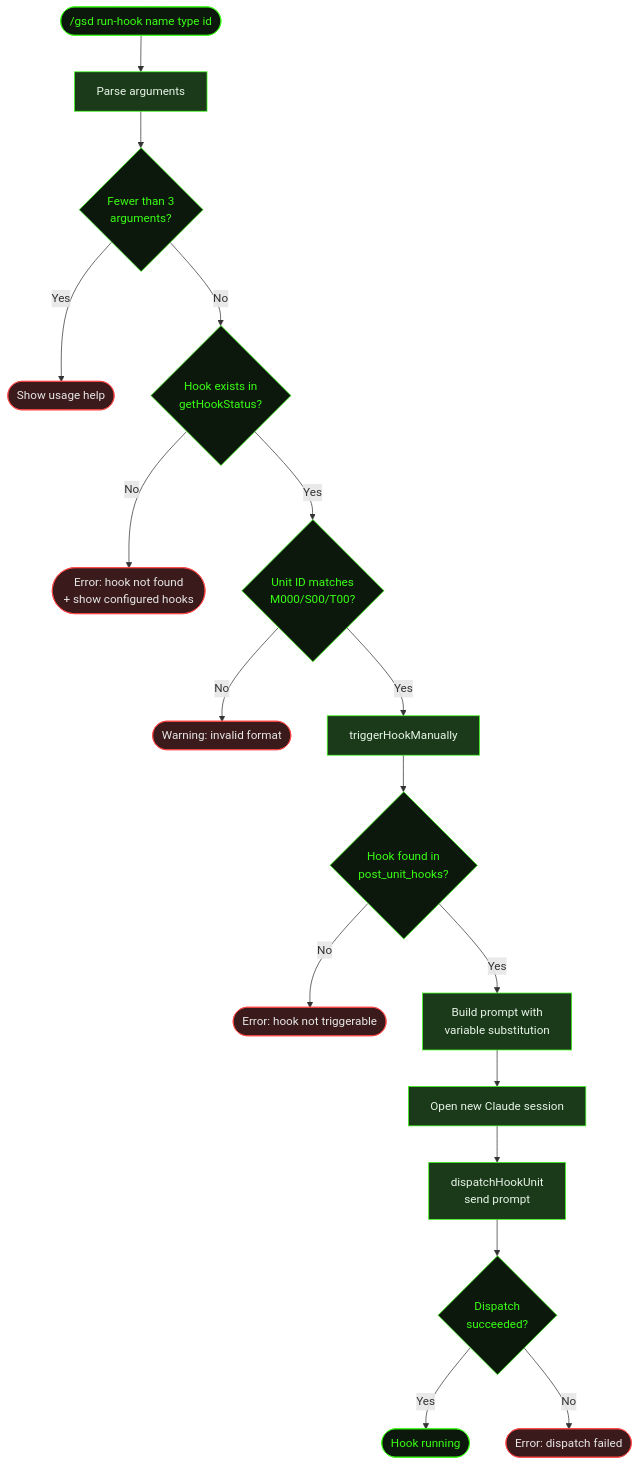
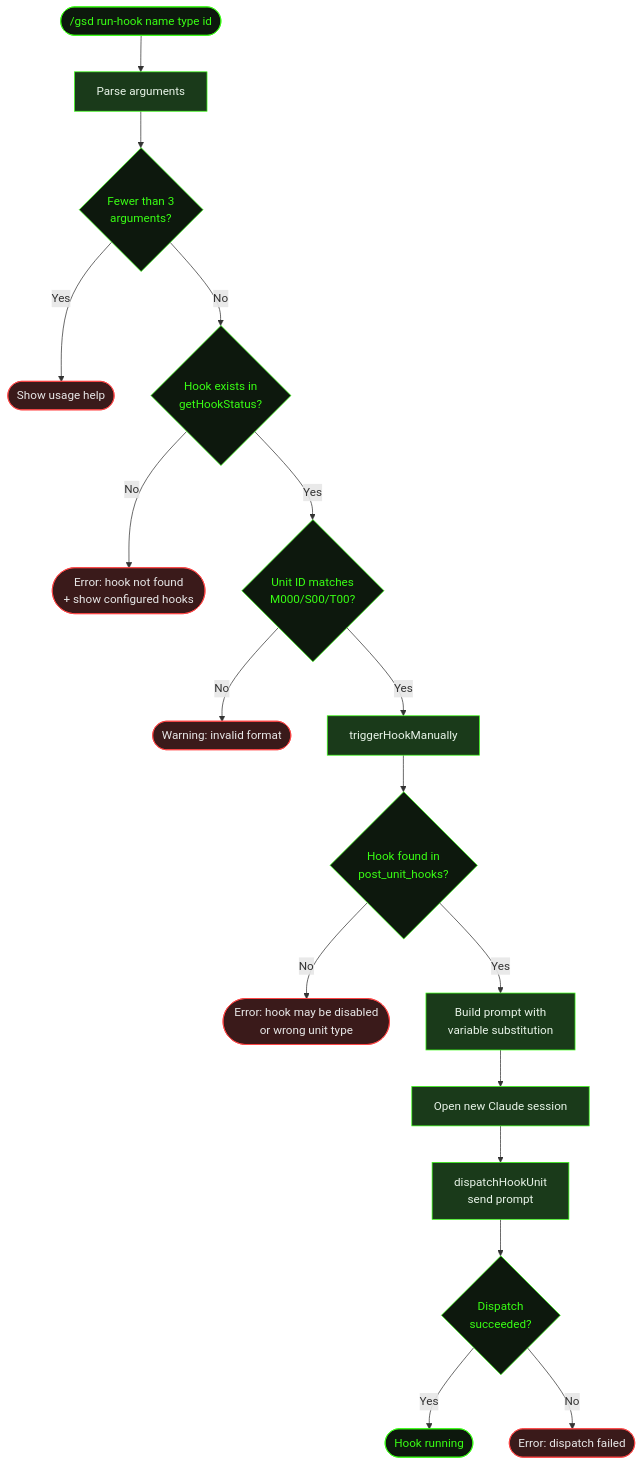
Before and after one commit to shusha-group/gsd2-guide: the diagram in src/content/docs/commands/run-hook.mdx, drawn with Mermaid. The commit also changed other lines of this file and 79 other files, not shown here.

````diff
--- a/src/content/docs/commands/run-hook.mdx
+++ b/src/content/docs/commands/run-hook.mdx
@@ -44,37 +44,37 @@
 ```mermaid
 flowchart TD
     Start(["/gsd run-hook name type id"]) --> Parse[Parse arguments]
     Parse --> ArgCheck{Fewer than 3<br/>arguments?}
     ArgCheck -->|Yes| UsageErr([Show usage help])
     ArgCheck -->|No| HookCheck{Hook exists in<br/>getHookStatus?}
     HookCheck -->|No| NotFound([Error: hook not found<br/>+ show configured hooks])
     HookCheck -->|Yes| IdCheck{Unit ID matches<br/>M000/S00/T00?}
     IdCheck -->|No| IdErr([Warning: invalid format])
     IdCheck -->|Yes| Trigger[triggerHookManually]
     Trigger --> PostCheck{Hook found in<br/>post_unit_hooks?}
-    PostCheck -->|No| TriggerFail([Error: hook not triggerable])
+    PostCheck -->|No| TriggerFail([Error: hook may be disabled<br/>or wrong unit type])
     PostCheck -->|Yes| Build[Build prompt with<br/>variable substitution]
     Build --> NewSession[Open new Claude session]
     NewSession --> Dispatch[dispatchHookUnit<br/>send prompt]
     Dispatch --> Result{Dispatch<br/>succeeded?}
     Result -->|Yes| Done([Hook running])
     Result -->|No| Fail([Error: dispatch failed])
 
     style Start fill:#0d180d,stroke:#39ff14,color:#39ff14
     style Parse fill:#1a3a1a,stroke:#39ff14,color:#e8f4e8
     style ArgCheck fill:#0d180d,stroke:#39ff14,color:#39ff14
     style UsageErr fill:#3a1a1a,stroke:#ff4444,color:#e8e8e8
     style HookCheck fill:#0d180d,stroke:#39ff14,color:#39ff14
     style NotFound fill:#3a1a1a,stroke:#ff4444,color:#e8e8e8
     style IdCheck fill:#0d180d,stroke:#39ff14,color:#39ff14
     style IdErr fill:#3a1a1a,stroke:#ff4444,color:#e8e8e8
     style Trigger fill:#1a3a1a,stroke:#39ff14,color:#e8f4e8
     style PostCheck fill:#0d180d,stroke:#39ff14,color:#39ff14
     style TriggerFail fill:#3a1a1a,stroke:#ff4444,color:#e8e8e8
     style Build fill:#1a3a1a,stroke:#39ff14,color:#e8f4e8
     style NewSession fill:#1a3a1a,stroke:#39ff14,color:#e8f4e8
     style Dispatch fill:#1a3a1a,stroke:#39ff14,color:#e8f4e8
     style Result fill:#0d180d,stroke:#39ff14,color:#39ff14
     style Done fill:#0d180d,stroke:#39ff14,color:#39ff14
     style Fail fill:#3a1a1a,stroke:#ff4444,color:#e8e8e8
 ```
````
